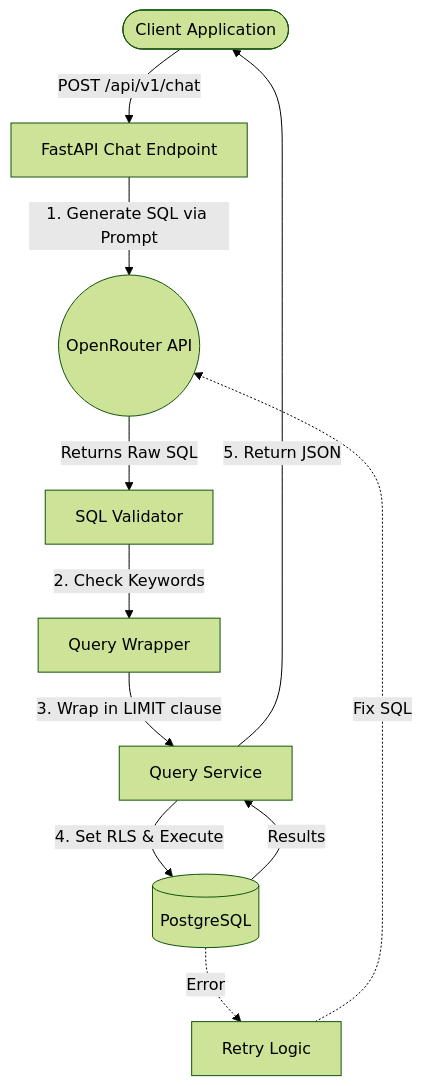
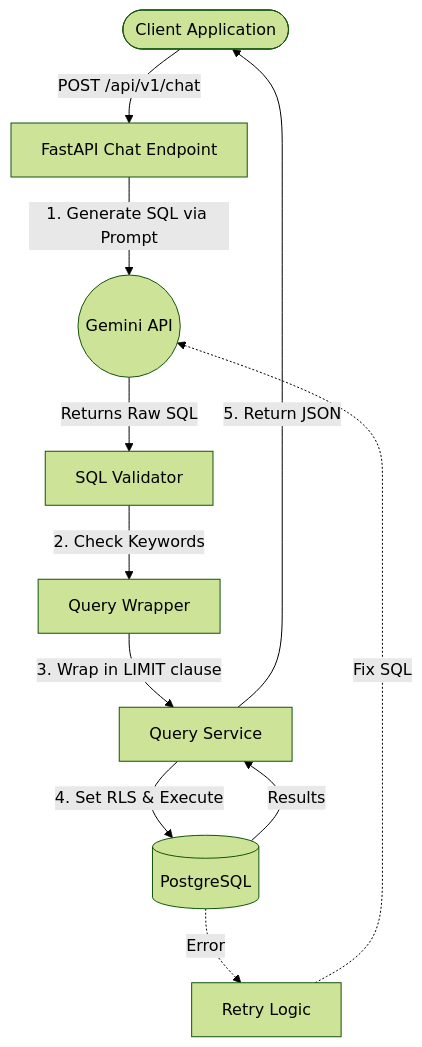
Before and after one commit to tarunnbali/AskLedger: the first of 2 diagrams in backend/README.md, drawn with Mermaid (forest theme). The commit also changed other lines of this file and 5 other files, not shown here.

First line of the commit message:
Switch LLM provider from OpenRouter to Gemini's free tier

````diff
--- a/backend/README.md
+++ b/backend/README.md
@@ -24,16 +24,16 @@
 ```mermaid
 flowchart TD
     Client([Client Application]) -->|POST /api/v1/chat| API[FastAPI Chat Endpoint]
-    API -->|1. Generate SQL via Prompt| LLM((OpenRouter API))
+    API -->|1. Generate SQL via Prompt| LLM((Gemini API))
     LLM -->|Returns Raw SQL| Validator[SQL Validator]
     
     Validator -->|2. Check Keywords| Wrapper[Query Wrapper]
     Wrapper -->|3. Wrap in LIMIT clause| Executor[Query Service]
     
     Executor -->|4. Set RLS & Execute| DB[(PostgreSQL)]
     DB -.->|Error| Retry[Retry Logic]
     Retry -.->|Fix SQL| LLM
     DB -->|Results| Executor
     
     Executor -->|5. Return JSON| Client
 ```
````
